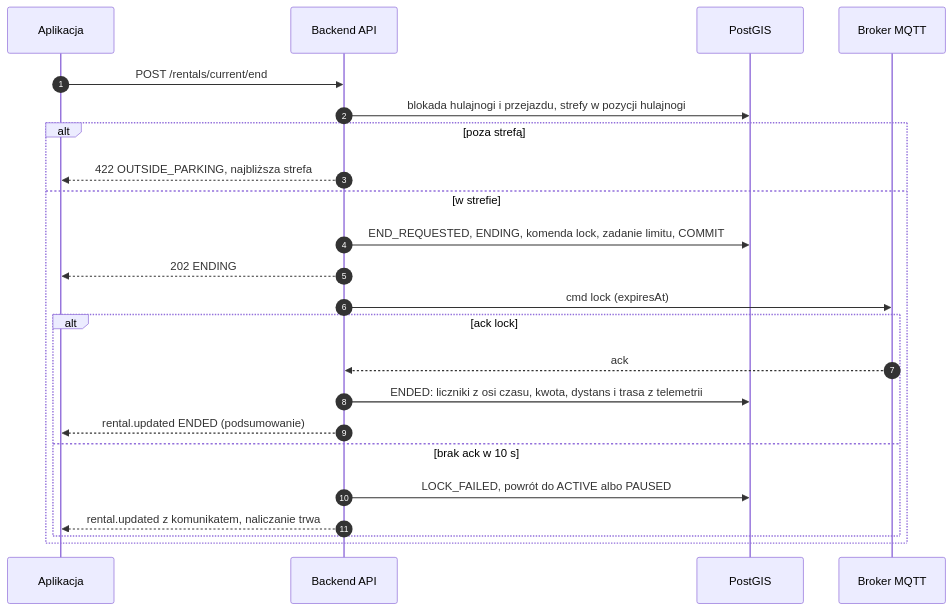
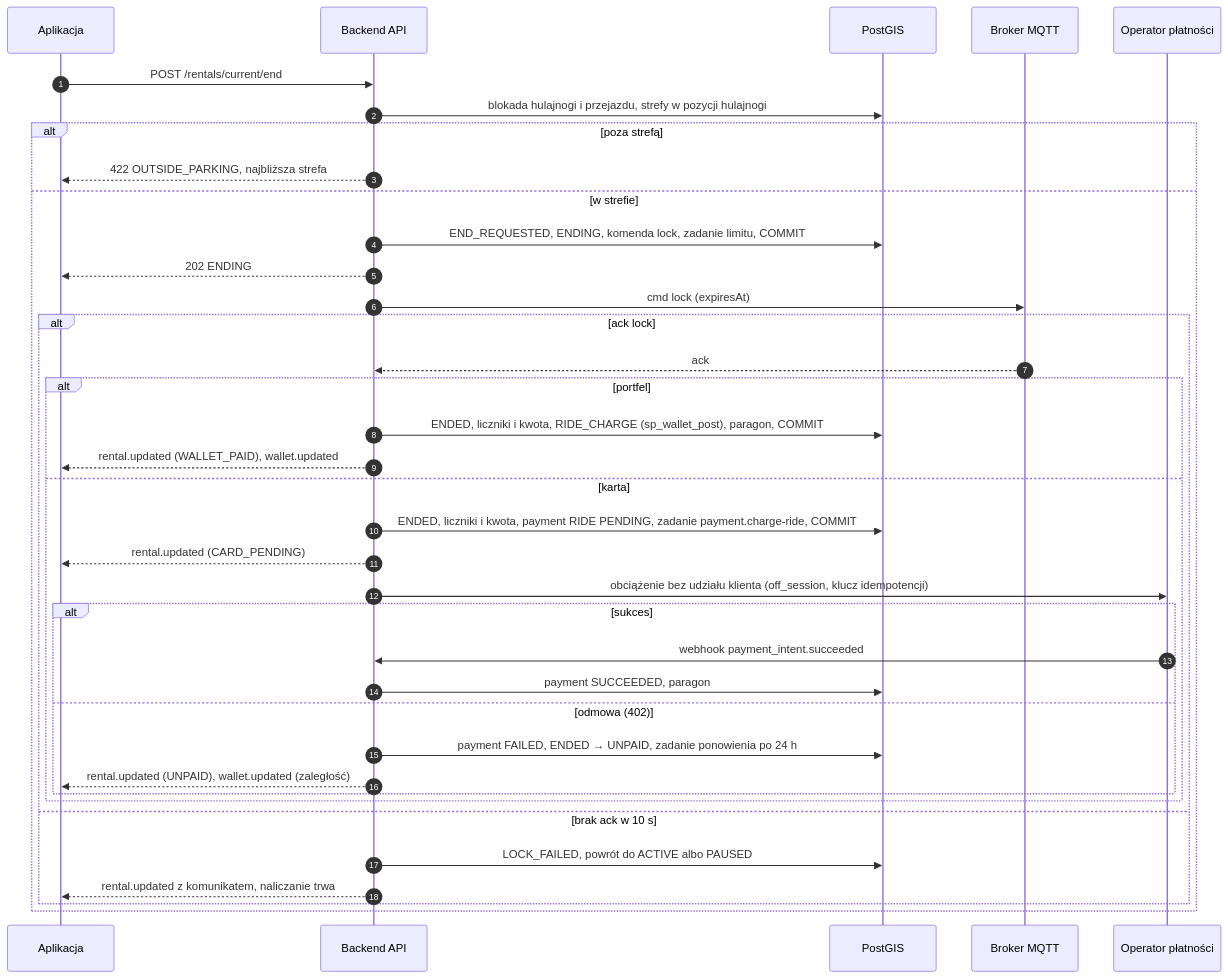
Before and after one commit to FifiLen/engineering-project: the fourth of 9 diagrams in docs/arc42/06-widok-czasu-dzialania.md, drawn with Mermaid. The commit also changed other lines of this file and 8 other files, not shown here.

````diff
--- a/docs/arc42/06-widok-czasu-dzialania.md
+++ b/docs/arc42/06-widok-czasu-dzialania.md
@@ -103,25 +107,39 @@
 ```mermaid
 sequenceDiagram
     autonumber
     participant A as Aplikacja
     participant API as Backend API
     participant DB as PostGIS
     participant MQ as Broker MQTT
+    participant S as Operator płatności
     A->>API: POST /rentals/current/end
     API->>DB: blokada hulajnogi i przejazdu, strefy w pozycji hulajnogi
     alt poza strefą
         API-->>A: 422 OUTSIDE_PARKING, najbliższa strefa
     else w strefie
         API->>DB: END_REQUESTED, ENDING, komenda lock, zadanie limitu, COMMIT
         API-->>A: 202 ENDING
         API->>MQ: cmd lock (expiresAt)
         alt ack lock
             MQ-->>API: ack
-            API->>DB: ENDED: liczniki z osi czasu, kwota, dystans i trasa z telemetrii
-            API-->>A: rental.updated ENDED (podsumowanie)
+            alt portfel
+                API->>DB: ENDED, liczniki i kwota, RIDE_CHARGE (sp_wallet_post), paragon, COMMIT
+                API-->>A: rental.updated (WALLET_PAID), wallet.updated
+            else karta
+                API->>DB: ENDED, liczniki i kwota, payment RIDE PENDING, zadanie payment.charge-ride, COMMIT
+                API-->>A: rental.updated (CARD_PENDING)
+                API->>S: obciążenie bez udziału klienta (off_session, klucz idempotencji)
+                alt sukces
+                    S->>API: webhook payment_intent.succeeded
+                    API->>DB: payment SUCCEEDED, paragon
+                else odmowa (402)
+                    API->>DB: payment FAILED, ENDED → UNPAID, zadanie ponowienia po 24 h
+                    API-->>A: rental.updated (UNPAID), wallet.updated (zaległość)
+                end
+            end
         else brak ack w 10 s
             API->>DB: LOCK_FAILED, powrót do ACTIVE albo PAUSED
             API-->>A: rental.updated z komunikatem, naliczanie trwa
         end
     end
 ```
````
